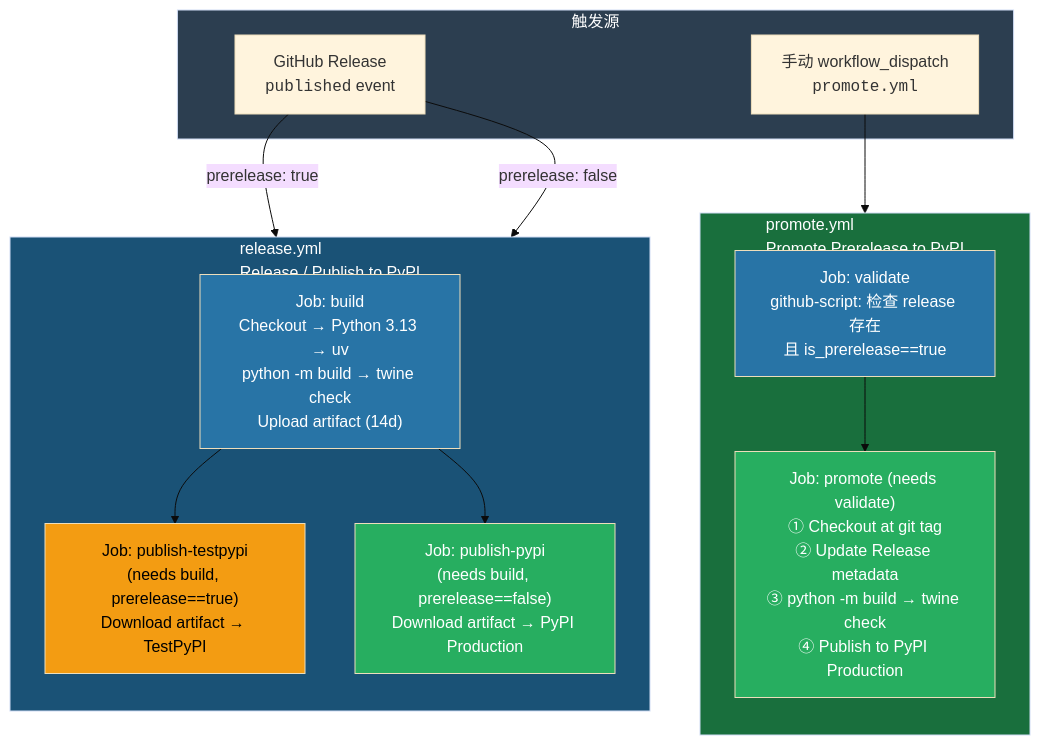
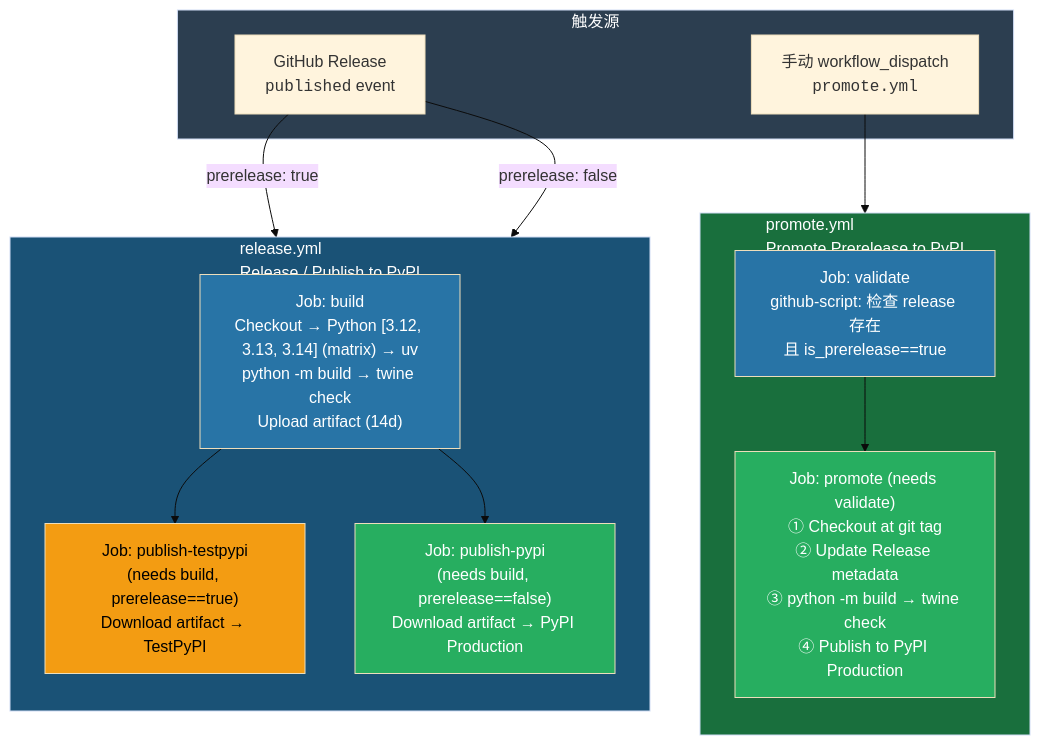
One commit to ThreeFish-AI/coding-proxy changed the first of 5 diagrams in docs/ci-cd.md. Above: the diagram before and after it, drawn with Mermaid (base theme). The commit also changed other lines of this file and 8 other files, not shown here.

````diff
--- a/docs/ci-cd.md
+++ b/docs/ci-cd.md
@@ -87,36 +87,36 @@
 ```mermaid
 graph TD
     subgraph Trigger["触发源"]
         GR["GitHub Release<br/><code>published</code> event"]
         WD["手动 workflow_dispatch<br/><code>promote.yml</code>"]
     end
 
     subgraph RW["release.yml<br/>Release / Publish to PyPI"]
         direction TB
-        B1["Job: build<br/>Checkout → Python 3.13 → uv<br/>python -m build → twine check<br/>Upload artifact (14d)"]
+        B1["Job: build<br/>Checkout → Python [3.12, 3.13, 3.14] (matrix) → uv<br/>python -m build → twine check<br/>Upload artifact (14d)"]
         P1["Job: publish-testpypi<br/>(needs build, prerelease==true)<br/>Download artifact → TestPyPI"]
         P2["Job: publish-pypi<br/>(needs build, prerelease==false)<br/>Download artifact → PyPI Production"]
     end
 
     subgraph PW["promote.yml<br/>Promote Prerelease to PyPI"]
         direction TB
         V1["Job: validate<br/>github-script: 检查 release 存在<br/>且 is_prerelease==true"]
         PR["Job: promote (needs validate)<br/>① Checkout at git tag<br/>② Update Release metadata<br/>③ python -m build → twine check<br/>④ Publish to PyPI Production"]
     end
 
     GR -->|"prerelease: true"| RW
     GR -->|"prerelease: false"| RW
     WD --> PW
     B1 --> P1
     B1 --> P2
     V1 --> PR
 
     style Trigger fill:#2c3e50,color:#fff
     style RW fill:#1a5276,color:#fff
     style PW fill:#196f3d,color:#fff
     style B1 fill:#2874a6,color:#fff
     style P1 fill:#f39c12,color:#000
     style P2 fill:#27ae60,color:#fff
     style V1 fill:#2874a6,color:#fff
     style PR fill:#27ae60,color:#fff
 ```
````
